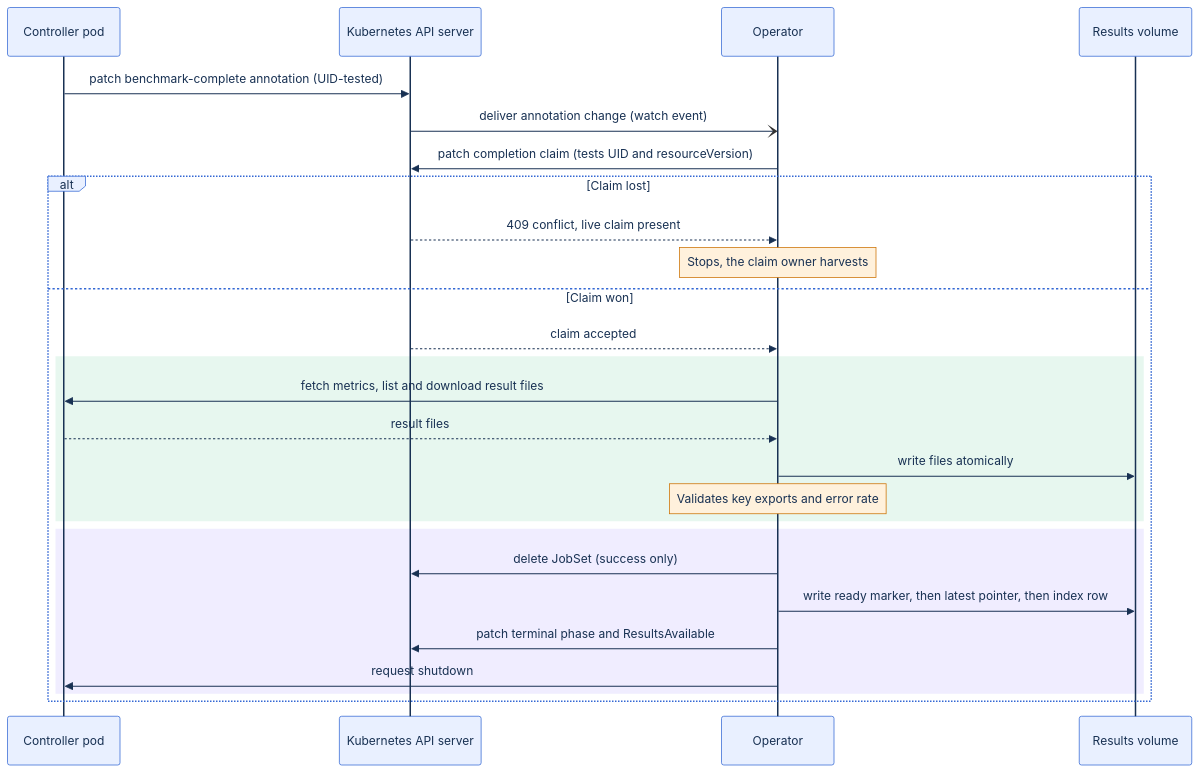
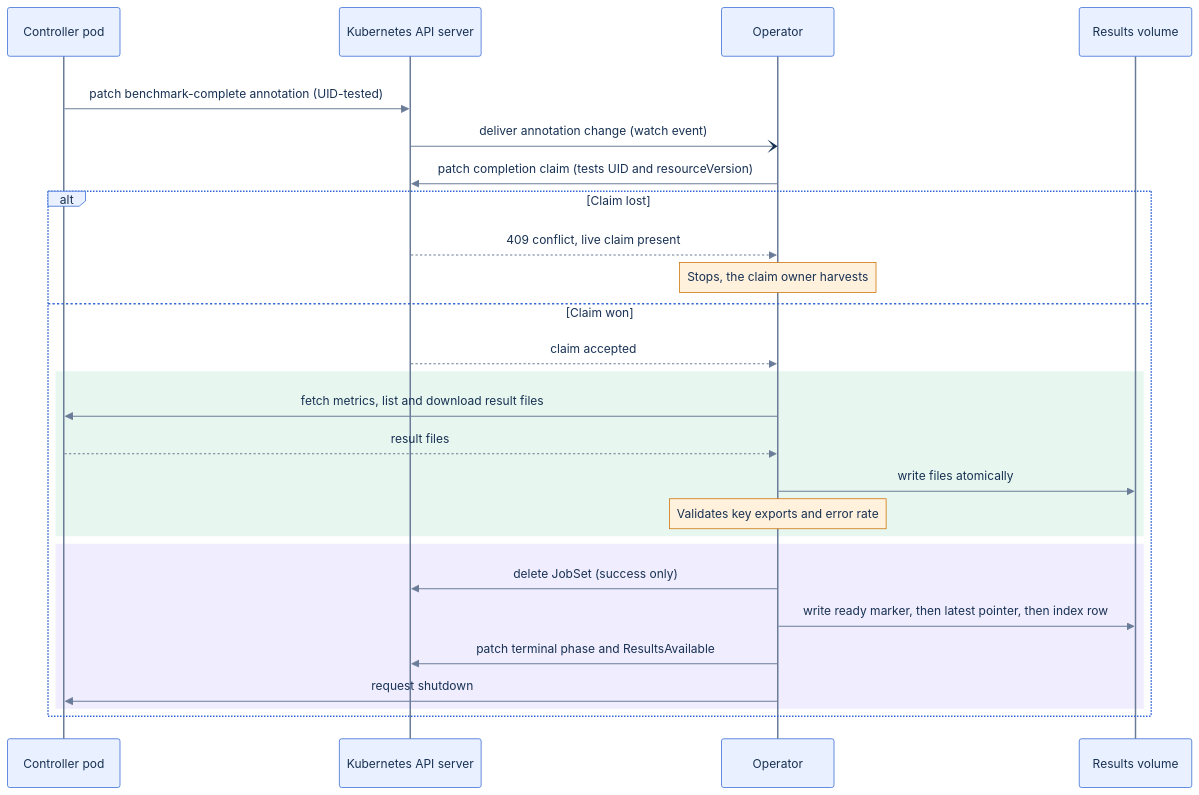
Before and after one commit to ai-dynamo/aiperf: the seventh of 8 diagrams in docs/kubernetes/operator.md, drawn with Mermaid. The commit also changed other lines of this file, not shown here.

First line of the commit message:
docs(kubernetes): make operator diagrams readable in GitHub dark mode

````diff
--- a/docs/kubernetes/operator.md
+++ b/docs/kubernetes/operator.md
@@ -782,55 +820,63 @@
 ```mermaid
 ---
 config:
   theme: base
   look: classic
   themeVariables:
-    lineColor: '#183153'
+    lineColor: '#6B7C99'
     nodeTextColor: '#183153'
     edgeLabelBackground: '#FFFFFF'
+    textColor: '#183153'
+    clusterBorder: '#6B7C99'
+    transitionColor: '#6B7C99'
+    transitionLabelColor: '#183153'
+    labelBackgroundColor: '#FFFFFF'
+    specialStateColor: '#6B7C99'
     clusterBkg: '#FFFFFF'
     titleColor: '#183153'
     fontFamily: 'Arial, Helvetica, sans-serif'
     actorBkg: '#E9F0FF'
     actorBorder: '#3468D4'
     actorTextColor: '#183153'
-    actorLineColor: '#183153'
-    signalColor: '#183153'
+    actorLineColor: '#6B7C99'
+    signalColor: '#6B7C99'
     signalTextColor: '#183153'
     labelBoxBkgColor: '#E9F0FF'
     labelBoxBorderColor: '#3468D4'
     labelTextColor: '#183153'
     loopTextColor: '#183153'
     noteBkgColor: '#FFF1DC'
     noteBorderColor: '#CC7000'
     noteTextColor: '#183153'
 ---
 sequenceDiagram
   accTitle: Sequence diagram for exactly-once AIPerfJob completion
   accDescr: The controller signals completion, the operator claims it atomically on the API server, and only the claim winner downloads, publishes, and finalizes results.
   participant C as Controller pod
   participant K as Kubernetes API server
   participant O as Operator
   participant V as Results volume
+  rect rgb(255, 255, 255)
   C->>K: patch benchmark-complete annotation (UID-tested)
   K-)O: deliver annotation change (watch event)
   O->>K: patch completion claim (tests UID and resourceVersion)
   alt Claim lost
     K-->>O: 409 conflict, live claim present
     Note over O: Stops, the claim owner harvests
   else Claim won
     K-->>O: claim accepted
     rect rgb(231, 247, 239)
     O->>C: fetch metrics, list and download result files
     C-->>O: result files
     O->>V: write files atomically
     Note over O: Validates key exports and error rate
     end
     rect rgb(240, 237, 255)
     O->>K: delete JobSet (success only)
     O->>V: write ready marker, then latest pointer, then index row
     O->>K: patch terminal phase and ResultsAvailable
     O->>C: request shutdown
     end
   end
+  end
 ```
````
